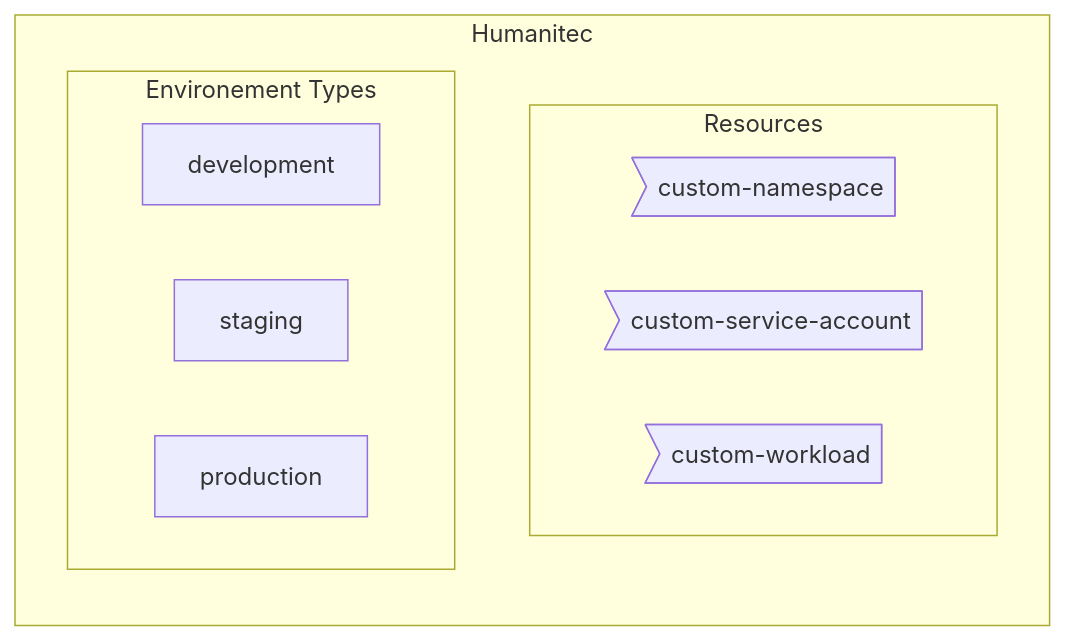
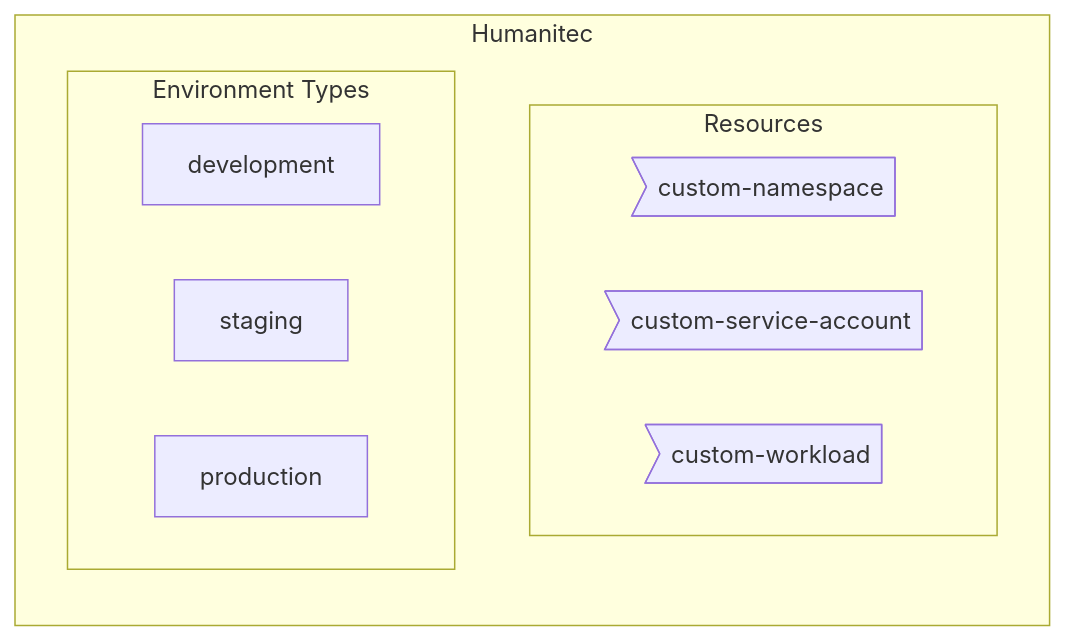
Before and after one commit to mathieu-benoit/hello-humanitec: the diagram in docs/common.md, drawn with Mermaid.

Commit message:
Fix typo in Environment

````diff
--- a/docs/common.md
+++ b/docs/common.md
@@ -10,15 +10,15 @@
 ```mermaid
 flowchart LR
   subgraph Humanitec
     subgraph Resources
       custom-namespace>custom-namespace]
       custom-service-account>custom-service-account]
       custom-workload>custom-workload]
     end
-    subgraph Environement Types
+    subgraph Environment Types
       development
       staging
       production
     end
   end
 ```
````
